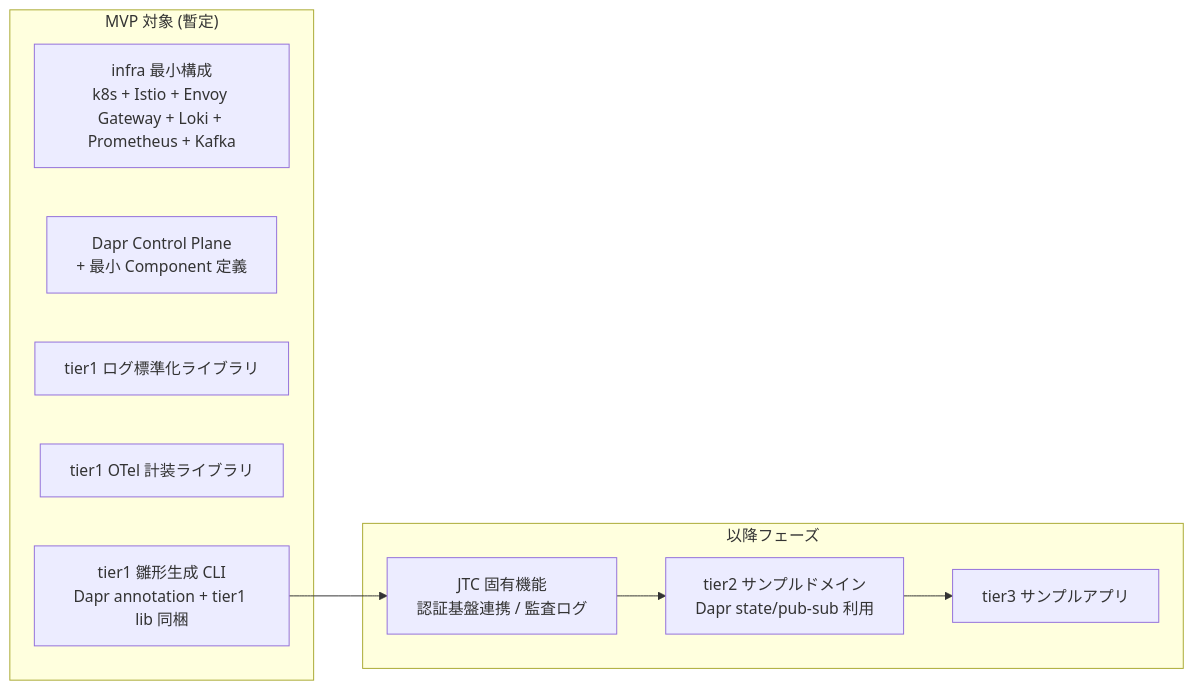
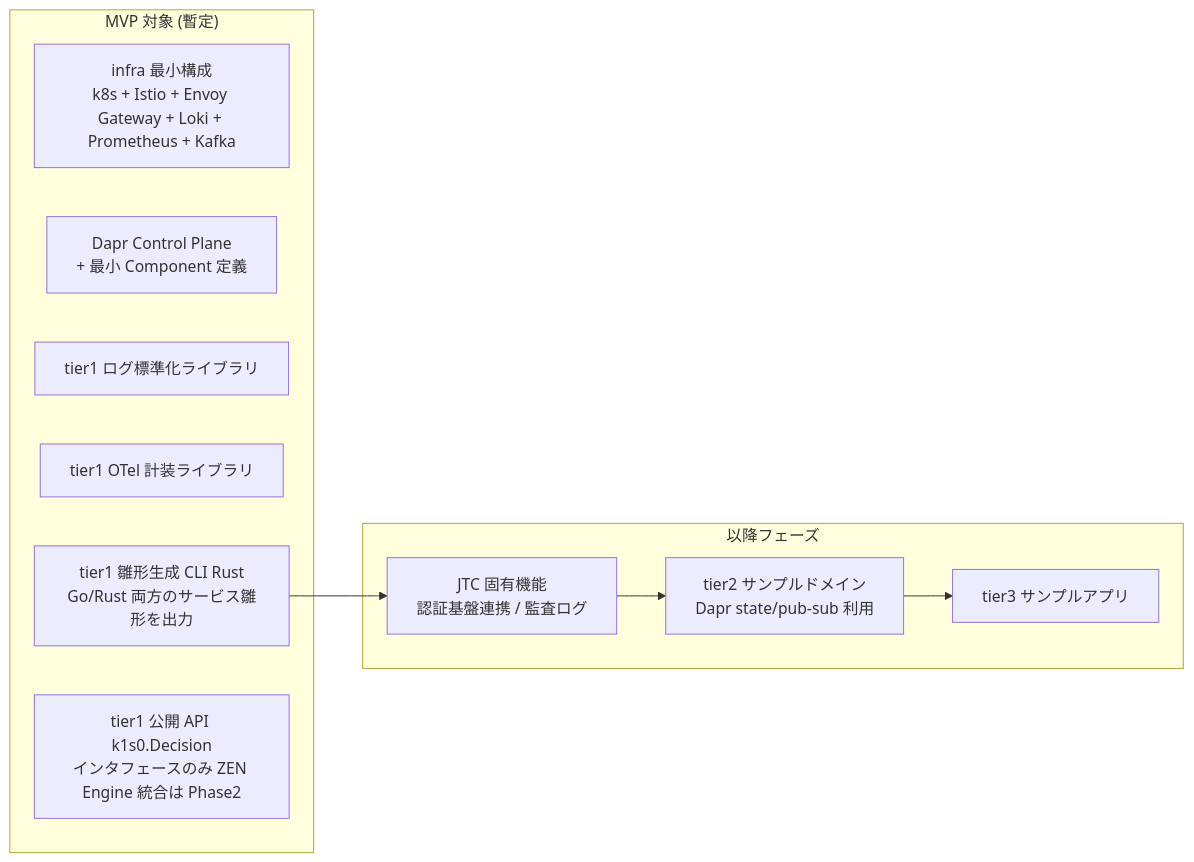
One commit to RyuheiKiso/k1s0 changed the fifth of 5 diagrams in docs/01_企画/事前資料/概念アーキテクチャ図.md. Above: the diagram before and after it, drawn with Mermaid. The commit also changed other lines of this file and 8 other files, not shown here.

````diff
--- a/docs/01_企画/事前資料/概念アーキテクチャ図.md
+++ b/docs/01_企画/事前資料/概念アーキテクチャ図.md
@@ -198,18 +206,19 @@
 ```mermaid
 flowchart LR
     subgraph MVP["MVP 対象 (暫定)"]
         M1[infra 最小構成<br/>k8s + Istio + Envoy Gateway + Loki + Prometheus + Kafka]
         M2[Dapr Control Plane<br/>+ 最小 Component 定義]
         M3[tier1 ログ標準化ライブラリ]
         M4[tier1 OTel 計装ライブラリ]
-        M5[tier1 雛形生成 CLI<br/>Dapr annotation + tier1 lib 同梱]
+        M5[tier1 雛形生成 CLI Rust<br/>Go/Rust 両方のサービス雛形を出力]
+        M6[tier1 公開 API k1s0.Decision<br/>インタフェースのみ ZEN Engine 統合は Phase2]
     end
     subgraph Future["以降フェーズ"]
         F1[JTC 固有機能<br/>認証基盤連携 / 監査ログ]
         F2[tier2 サンプルドメイン<br/>Dapr state/pub-sub 利用]
         F3[tier3 サンプルアプリ]
     end
     M5 --> F1
     F1 --> F2
     F2 --> F3
 ```
````
